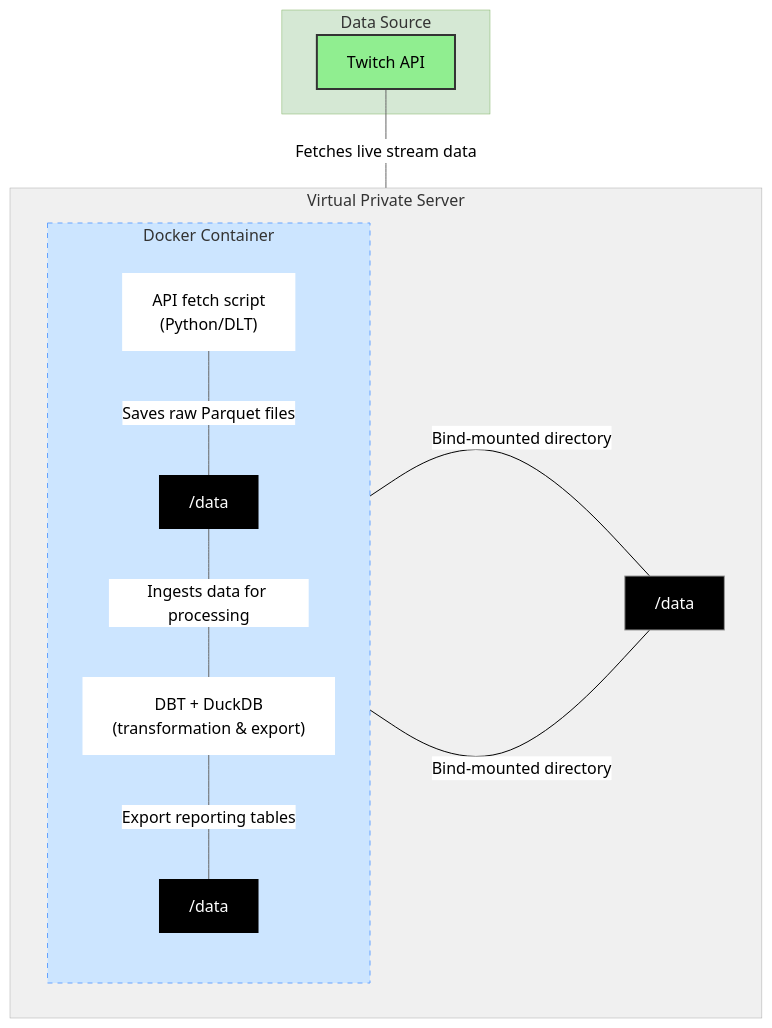
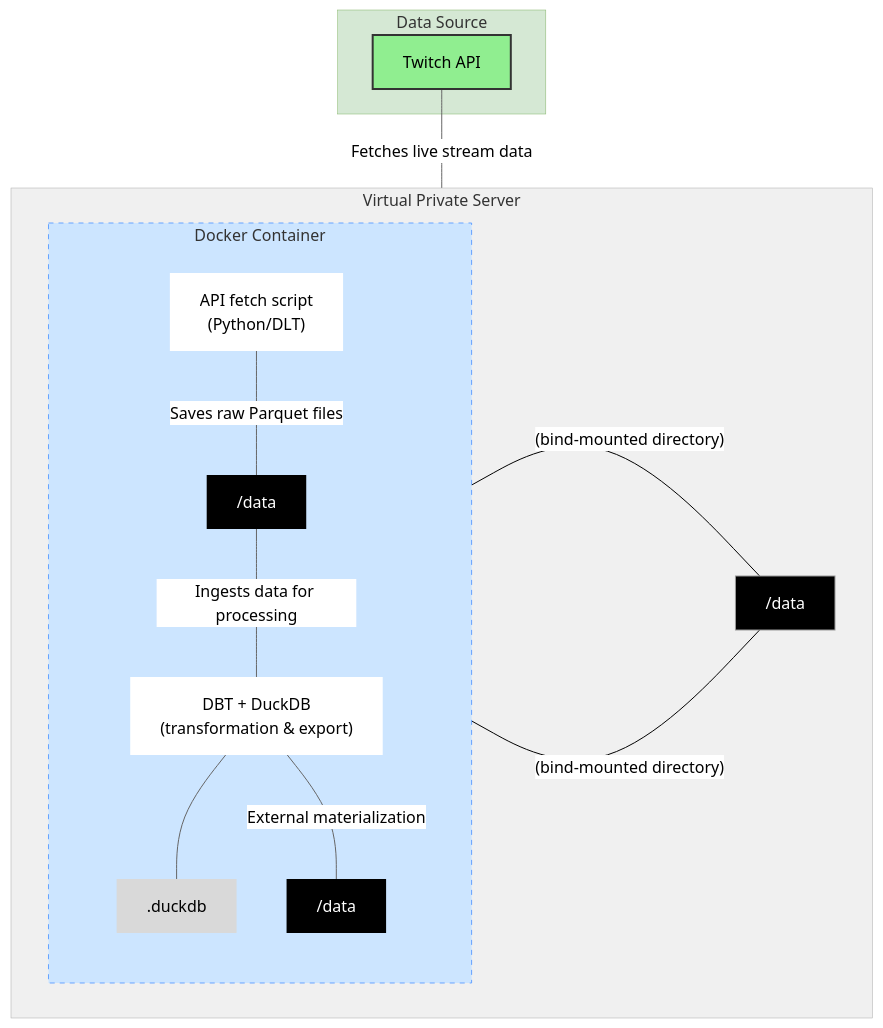
One commit to gabriellegall/twitch_bi changed the first of 2 diagrams in README.md. Above: the diagram before and after it, drawn with Mermaid (neutral theme).

````diff
--- a/README.md
+++ b/README.md
@@ -8,49 +8,53 @@
 ```mermaid
 graph TD;
 
     subgraph VPS [Virtual Private Server]
 		n2
         direction LR
         subgraph DockerContainer [Docker Container]
+			n3
 			n1
             direction TB
             D["DBT + DuckDB<br>(transformation & export)"]
             C["Raw data storage<br>(/data folder)"]
             B["API fetch script<br>(Python/DLT)"]
         end
     end
 
     subgraph DS ["Data Source"]
         A[Twitch API]
     end
 
     D
     C -- Ingests data for processing --- D
     B -- Saves raw Parquet files --- C
     A -- Fetches live stream data --- B
 
     %% Styling for Nodes
     style A fill:#90ee90,stroke:#333,stroke-width:2px
 
 	style VPS fill:#f0f0f0,stroke:#aaa,stroke-width:0.5px
 	style DS fill:#D5E8D4,stroke:#82B366,stroke-width:0.5px
 	style B fill:#FFFFFF,stroke-width:0px
 	style D fill:#FFFFFF,stroke-width:0px
 	style DockerContainer fill:#cce5ff,stroke:#66a3ff,stroke-width:1px,stroke-dasharray:5 5
 	D
-	D ---|"Export reporting tables"| n1["Reporting data storage<br>(/data folder)"]
+	D ---|"External materialization"| n1["Reporting data storage<br>(/data folder)"]
 	C
 	n1
 	n1
 	C
 	n1
 	n1
 	C
-	C["/data"] ---|"Bind-mounted directory"| n2
-	n1["/data"] ---|"Bind-mounted directory"| n2["/data"]
+	C["/data"] ---|"(bind-mounted directory)"| n2
+	n1["/data"] ---|"(bind-mounted directory)"| n2["/data"]
 	style n1 color:#FFFFFF,stroke-width:0px,fill:#000000
 	style C color:#FFFFFF,fill:#000000,stroke-width:0px
 	style n2 fill:#000000,color:#FFFFFF
 	linkStyle 5 stroke:#000000
 	linkStyle 4 stroke:#000000
+	D
+	D --- n3[".duckdb"]
+	style n3 color:#000000,fill:#D9D9D9,stroke-width:0px,stroke:#000000
 ```
````
